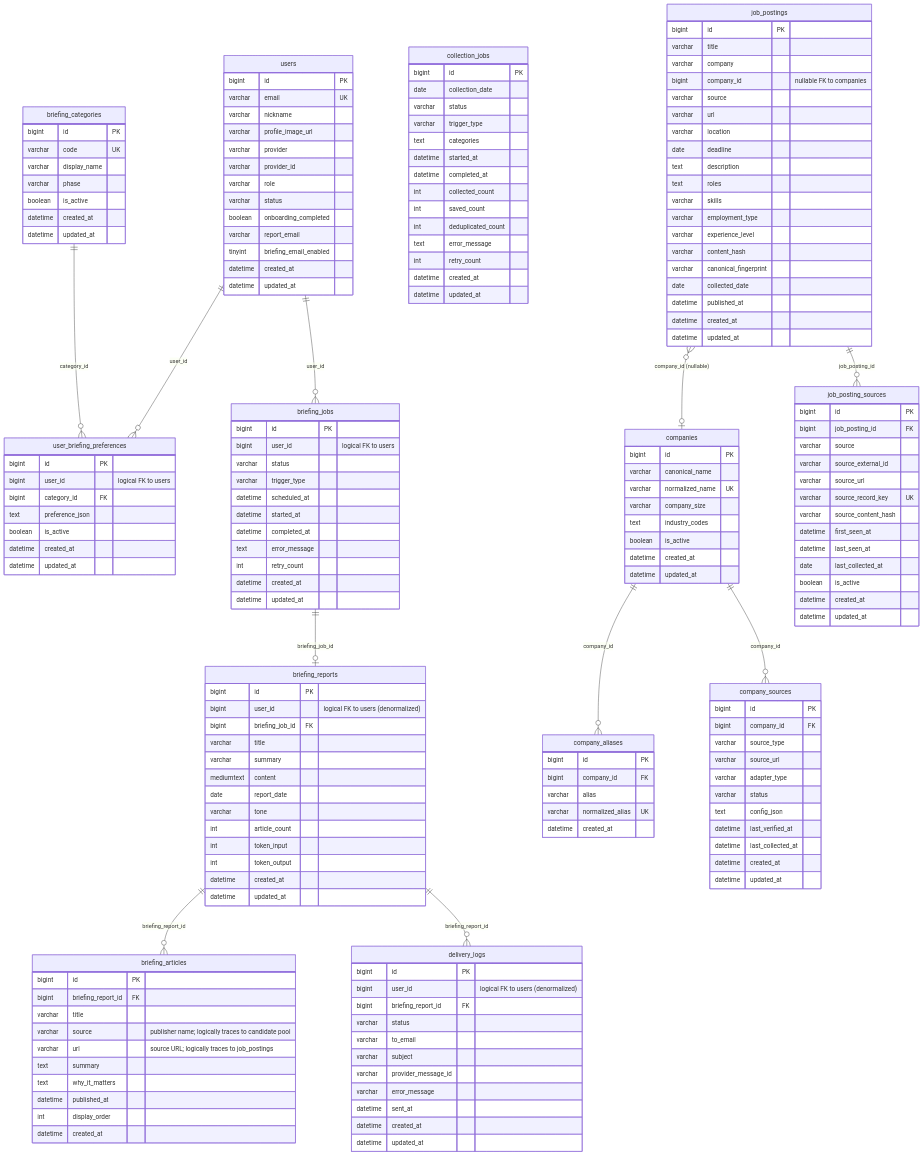
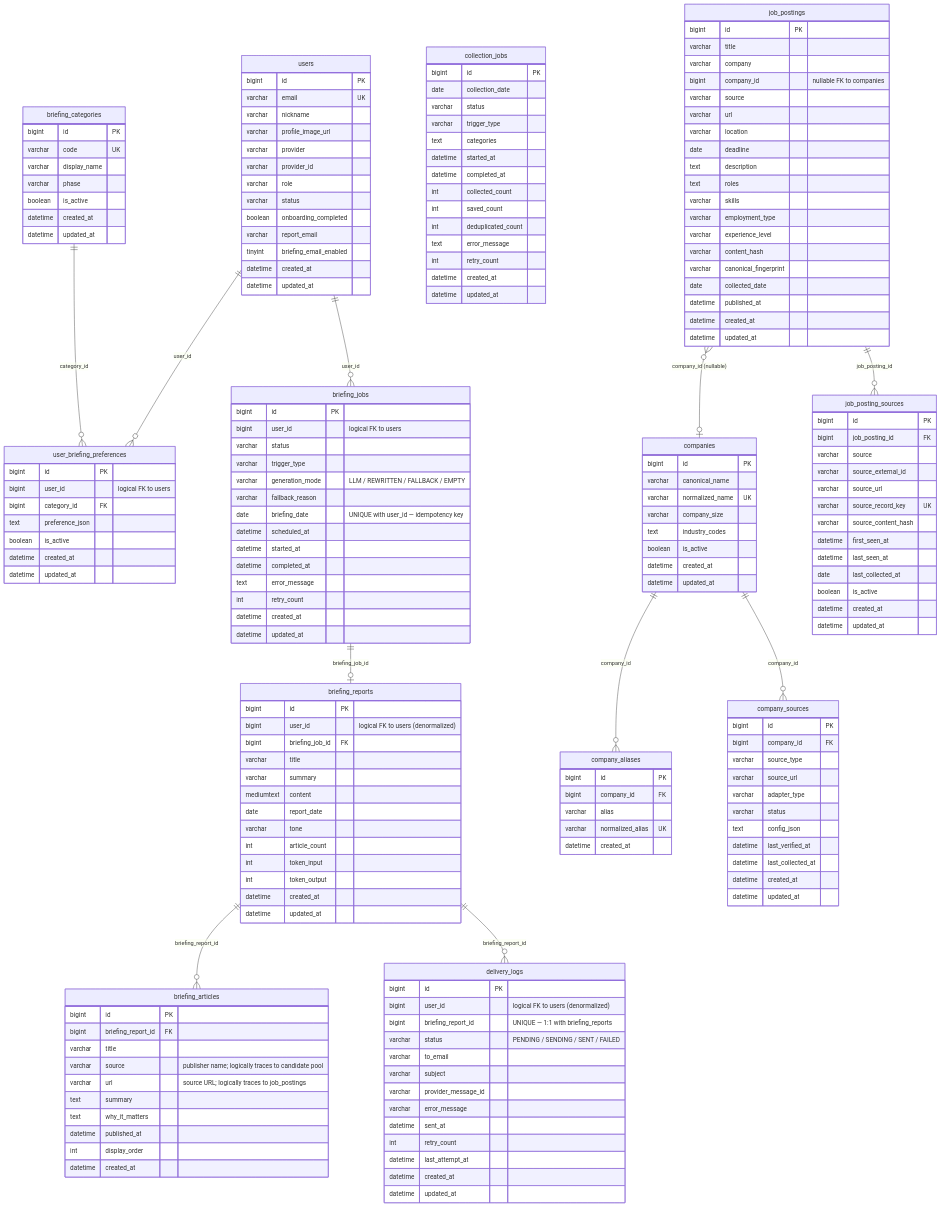
One commit to ljyljy020202/Briefy changed the diagram in docs/database.md. Above: the diagram before and after it, drawn with Mermaid. The commit also changed other lines of this file and 13 other files, not shown here.

```diff
--- a/docs/database.md
+++ b/docs/database.md
@@ -142,6 +142,9 @@
         bigint user_id "logical FK to users"
         varchar status
         varchar trigger_type
+        varchar generation_mode "LLM / REWRITTEN / FALLBACK / EMPTY"
+        varchar fallback_reason
+        date briefing_date "UNIQUE with user_id — idempotency key"
         datetime scheduled_at
         datetime started_at
         datetime completed_at
@@ -183,13 +186,15 @@
     delivery_logs {
         bigint id PK
         bigint user_id "logical FK to users (denormalized)"
-        bigint briefing_report_id FK
-        varchar status
+        bigint briefing_report_id "UNIQUE — 1:1 with briefing_reports"
+        varchar status "PENDING / SENDING / SENT / FAILED"
         varchar to_email
         varchar subject
         varchar provider_message_id
         varchar error_message
         datetime sent_at
+        int retry_count
+        datetime last_attempt_at
         datetime created_at
         datetime updated_at
     }
```
